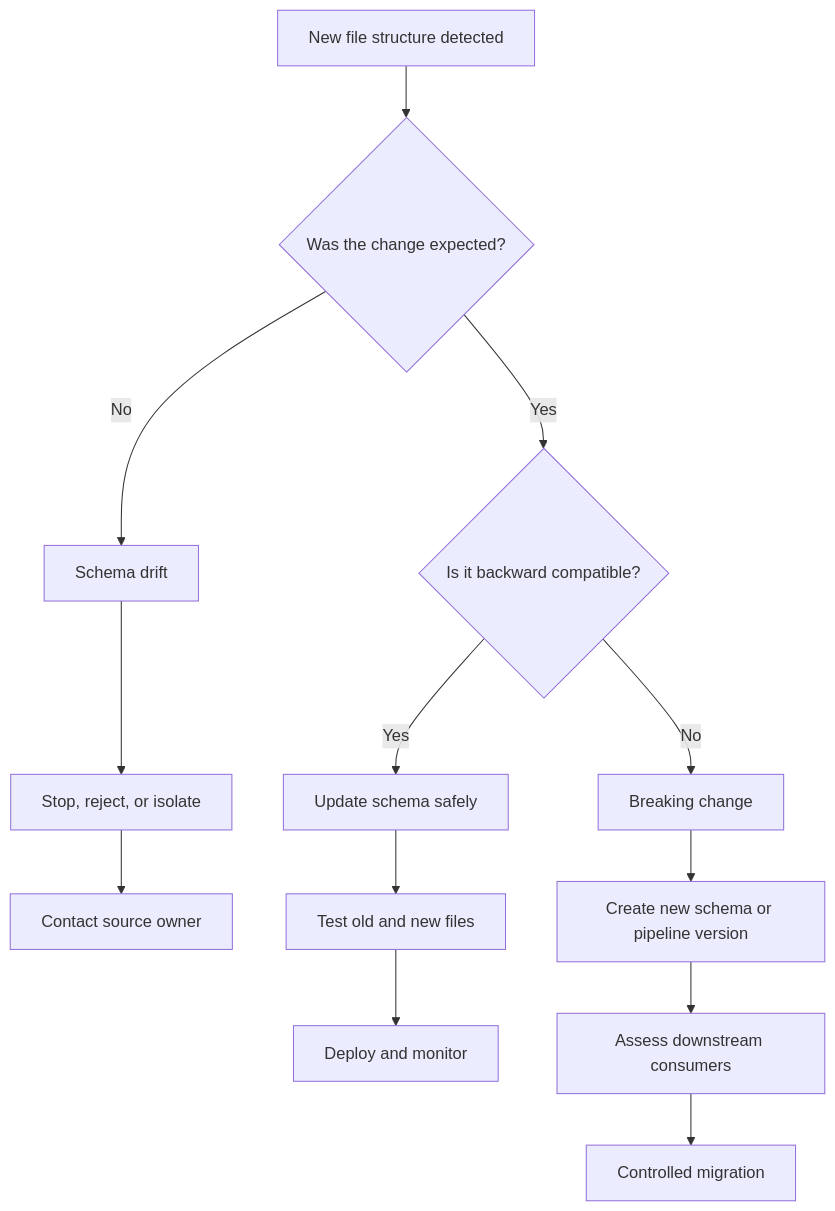
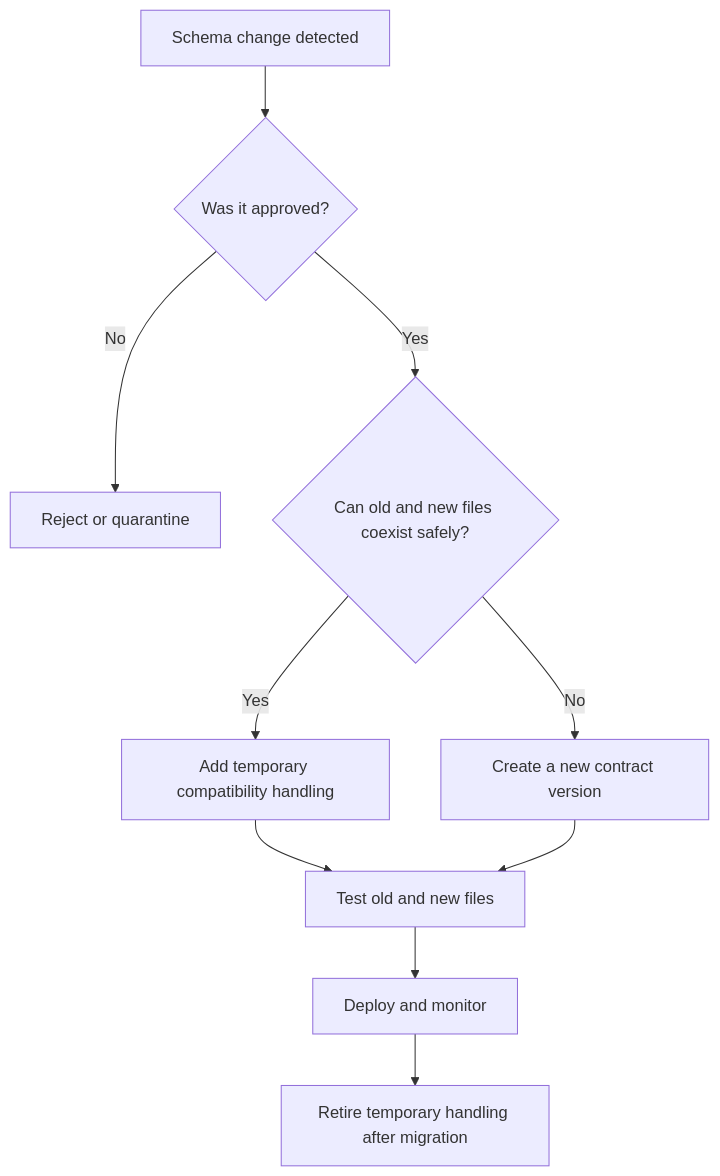
Before and after one commit to tg117official/databricks-hands-on-tg117-pst: diagram 15 of 15 in 03_file_based_ingestion/session_4/customer_schema_evolution/customer_schema_evolution_notes.md, drawn with Mermaid. The commit also changed other lines of this file and 4 other files, not shown here.

Commit message:
added schema evolution scenarios problem solution approach

````diff
--- a/03_file_based_ingestion/session_4/customer_schema_evolution/customer_schema_evolution_notes.md
+++ b/03_file_based_ingestion/session_4/customer_schema_evolution/customer_schema_evolution_notes.md
@@ -1004,17 +761,12 @@
 ```mermaid
 flowchart TD
-    A[New file structure detected] --> B{Was the change expected?}
-    B -->|No| C[Schema drift]
-    C --> D[Stop, reject, or isolate]
-    D --> E[Contact source owner]
-
-    B -->|Yes| F{Is it backward compatible?}
-    F -->|Yes| G[Update schema safely]
-    G --> H[Test old and new files]
-    H --> I[Deploy and monitor]
-
-    F -->|No| J[Breaking change]
-    J --> K[Create new schema or pipeline version]
-    K --> L[Assess downstream consumers]
-    L --> M[Controlled migration]
+    A[Schema change detected] --> B{Was it approved?}
+    B -->|No| C[Reject or quarantine]
+    B -->|Yes| D{Can old and new files coexist safely?}
+    D -->|Yes| E[Add temporary compatibility handling]
+    D -->|No| F[Create a new contract version]
+    E --> G[Test old and new files]
+    F --> G
+    G --> H[Deploy and monitor]
+    H --> I[Retire temporary handling after migration]
 ```
````
